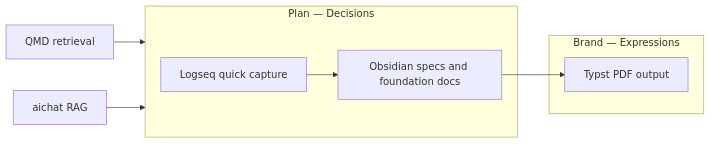
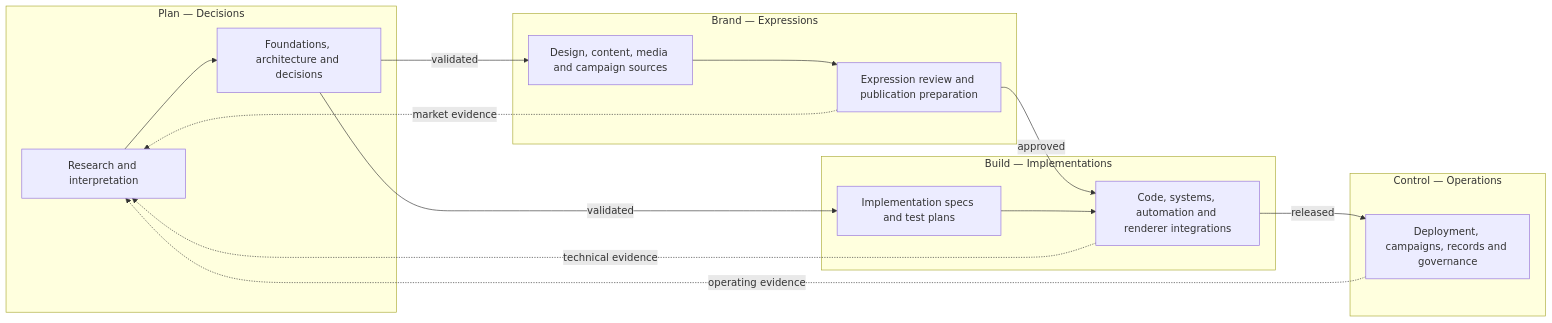
Before and after one commit to luckgrid/wfos: the third of 5 diagrams in docs/workflow-apps.md, drawn with Mermaid. The commit also changed other lines of this file, not shown here.

````diff
--- a/docs/workflow-apps.md
+++ b/docs/workflow-apps.md
@@ -162,14 +108,33 @@
 ```mermaid
 flowchart LR
-  subgraph PlanNs [Plan — Decisions]
-    Capture[Logseq quick capture]
-    Specs[Obsidian specs and foundation docs]
+  subgraph Plan [Plan — Decisions]
+    PResearch[Research and interpretation]
+    PFoundation[Foundations, architecture and decisions]
   end
-  subgraph BrandNs [Brand — Expressions]
-    Publish[Typst PDF output]
+
+  subgraph Brand [Brand — Expressions]
+    BExpression[Design, content, media and campaign sources]
+    BPublish[Expression review and publication preparation]
   end
-  Capture --> Specs
-  Specs --> Publish
-  QMD[QMD retrieval] --> PlanNs
-  AIChat[aichat RAG] --> PlanNs
+
+  subgraph Build [Build — Implementations]
+    BSpec[Implementation specs and test plans]
+    BImpl[Code, systems, automation and renderer integrations]
+  end
+
+  subgraph Control [Control — Operations]
+    COperate[Deployment, campaigns, records and governance]
+  end
+
+  PResearch --> PFoundation
+  PFoundation -->|validated| BExpression
+  PFoundation -->|validated| BSpec
+  BExpression --> BPublish
+  BPublish -->|approved| BImpl
+  BSpec --> BImpl
+  BImpl -->|released| COperate
+
+  COperate -.->|operating evidence| PResearch
+  BImpl -.->|technical evidence| PResearch
+  BPublish -.->|market evidence| PResearch
 ```
````
